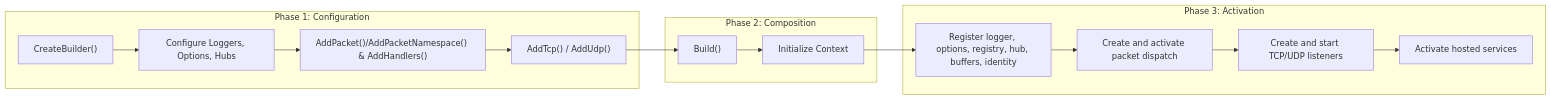
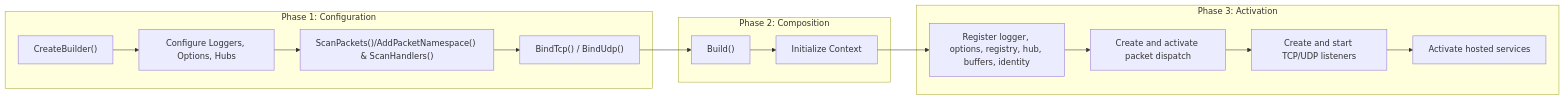
The diagram in docs/api/hosting/network-application.md (ppn-systems/Nalix), drawn with Mermaid before and after one commit. The commit also changed other lines of this file and 37 other files, not shown here.

````diff
--- a/docs/api/hosting/network-application.md
+++ b/docs/api/hosting/network-application.md
@@ -27,20 +27,20 @@
 ```mermaid
 graph LR
     subgraph Configuration ["Phase 1: Configuration"]
         Create["CreateBuilder()"] --> Config["Configure Loggers, Options, Hubs"]
-        Config --> Discover["AddPacket()/AddPacketNamespace() & AddHandlers()"]
-        Discover --> Bind["AddTcp() / AddUdp()"]
+        Config --> Discover["ScanPackets()/AddPacketNamespace() & ScanHandlers()"]
+        Discover --> Bind["BindTcp() / BindUdp()"]
     end
 
     subgraph Composition ["Phase 2: Composition"]
         Bind --> Build["Build()"]
         Build --> Prep["Initialize Context"]
     end
 
     subgraph Activation ["Phase 3: Activation"]
         Prep --> Services["Register logger, options, registry, hub, buffers, identity"]
         Services --> Dispatch["Create and activate packet dispatch"]
         Dispatch --> Listeners["Create and start TCP/UDP listeners"]
         Listeners --> Hosted["Activate hosted services"]
     end
 ```
````
